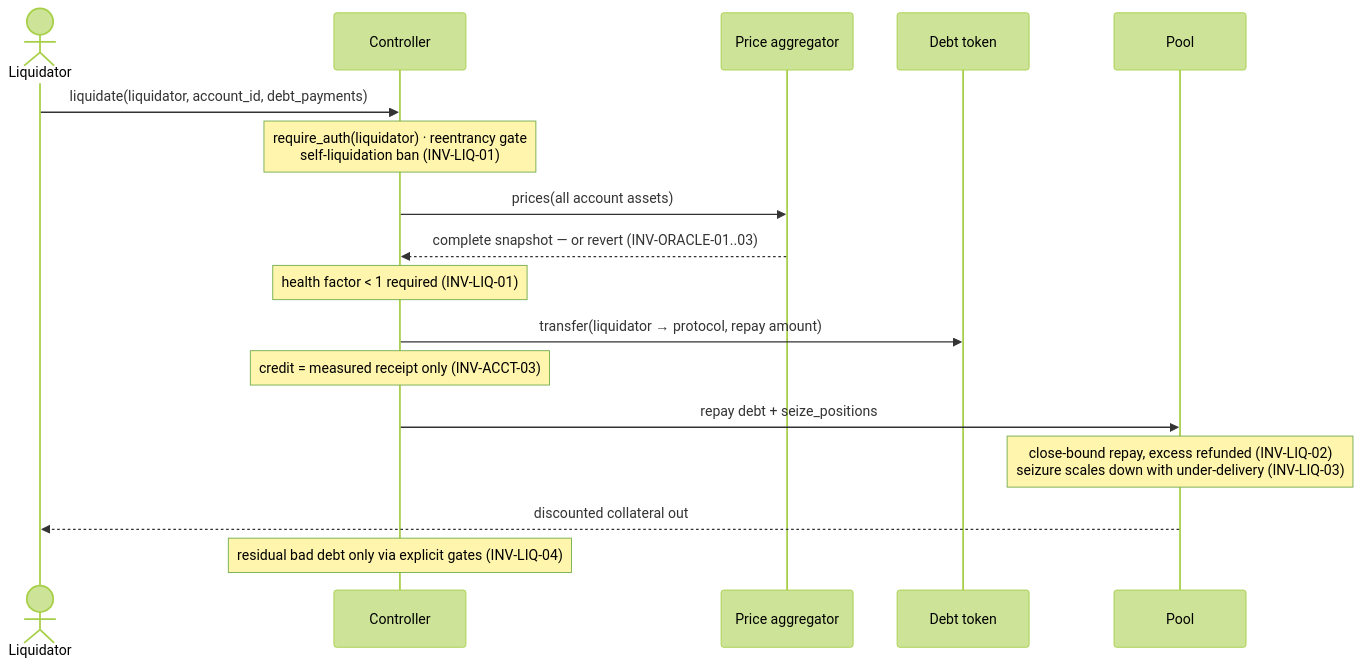
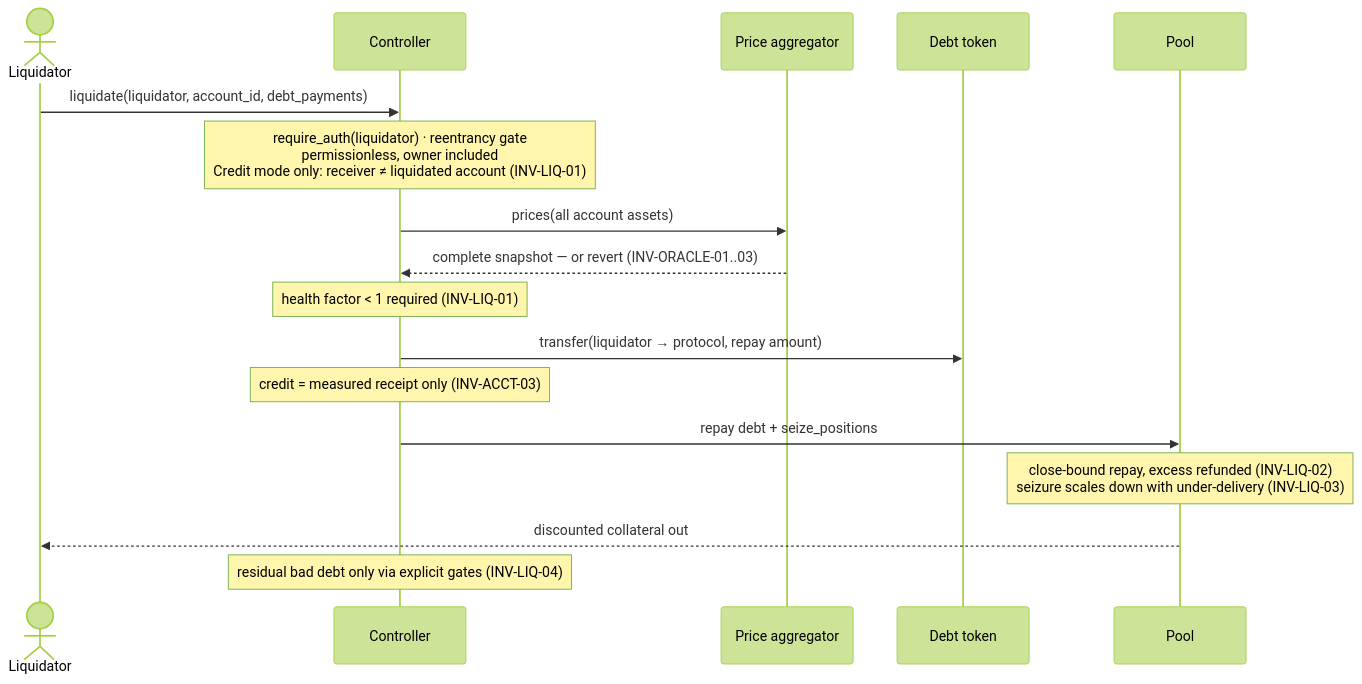
Before and after one commit to XOXNO/rs-lending-xlm: the second of 3 diagrams in STRIDE.md, drawn with Mermaid (forest theme). The commit also changed other lines of this file and 116 other files, not shown here.

````diff
--- a/STRIDE.md
+++ b/STRIDE.md
@@ -209,19 +209,19 @@
 ```mermaid
 sequenceDiagram
   actor L as Liquidator
   participant C as Controller
   participant PA as Price aggregator
   participant T as Debt token
   participant P as Pool
   L->>C: liquidate(liquidator, account_id, debt_payments)
-  Note over C: require_auth(liquidator) · reentrancy gate<br/>self-liquidation ban (INV-LIQ-01)
+  Note over C: require_auth(liquidator) · reentrancy gate<br/>permissionless, owner included<br/>Credit mode only: receiver ≠ liquidated account (INV-LIQ-01)
   C->>PA: prices(all account assets)
   PA-->>C: complete snapshot — or revert (INV-ORACLE-01..03)
   Note over C: health factor < 1 required (INV-LIQ-01)
   C->>T: transfer(liquidator → protocol, repay amount)
   Note over C: credit = measured receipt only (INV-ACCT-03)
   C->>P: repay debt + seize_positions
   Note over P: close-bound repay, excess refunded (INV-LIQ-02)<br/>seizure scales down with under-delivery (INV-LIQ-03)
   P-->>L: discounted collateral out
   Note over C: residual bad debt only via explicit gates (INV-LIQ-04)
 ```
````
